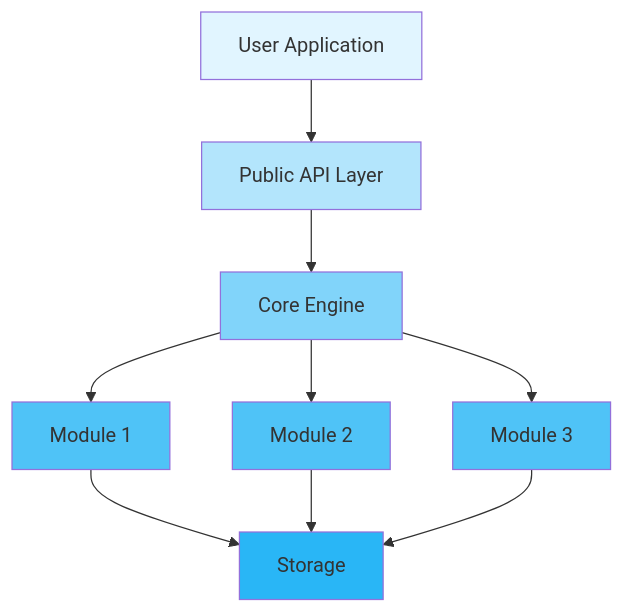
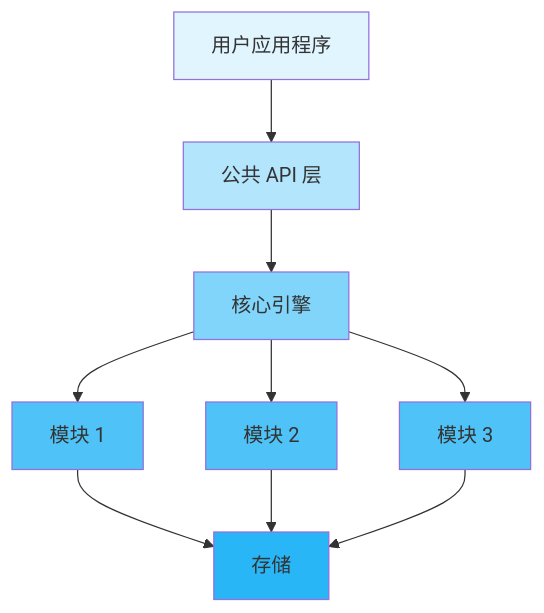
One commit to Kirky-X/inklog changed the second of 3 diagrams in README.md. Above: the diagram before and after it, drawn with Mermaid. The commit also changed other lines of this file and 6 other files, not shown here.

````diff
--- a/README.md
+++ b/README.md
@@ -442,19 +442,19 @@
 ```mermaid
 graph TB
-    A[User Application] --> B[Public API Layer]
-    B --> C[Core Engine]
-    C --> D[Module 1]
-    C --> E[Module 2]
-    C --> F[Module 3]
-    D --> G[Storage]
+    A[用户应用程序] --> B[公共 API 层]
+    B --> C[核心引擎]
+    C --> D[模块 1]
+    C --> E[模块 2]
+    C --> F[模块 3]
+    D --> G[存储]
     E --> G
     F --> G
     
     style A fill:#e1f5ff
     style B fill:#b3e5fc
     style C fill:#81d4fa
     style D fill:#4fc3f7
     style E fill:#4fc3f7
     style F fill:#4fc3f7
     style G fill:#29b6f6
 ```
````
